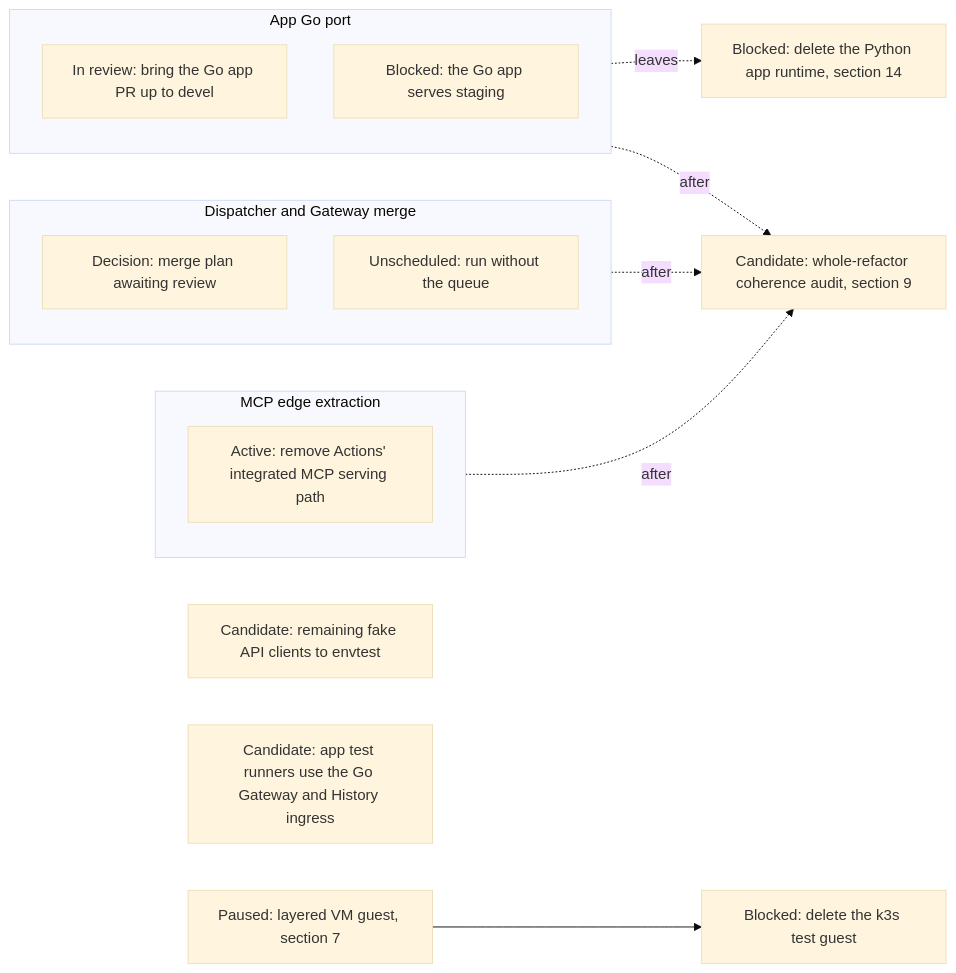
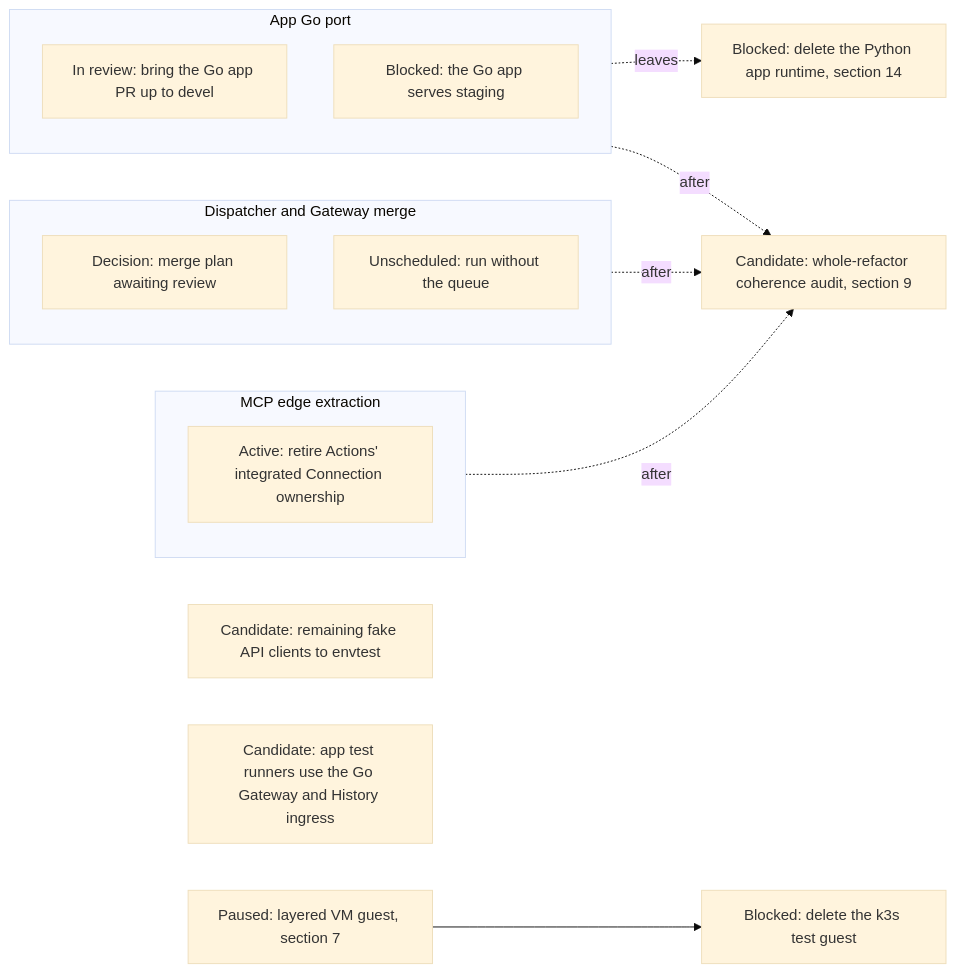
One commit to agentydragon/ducktape changed the first of 20 diagrams in agentplane/plans/task_dag.md. Above: the diagram before and after it, drawn with Mermaid (base theme). The commit also changed other lines of this file and 26 other files, not shown here.

````diff
--- a/agentplane/plans/task_dag.md
+++ b/agentplane/plans/task_dag.md
@@ -29,21 +29,21 @@
 ```mermaid
 flowchart LR
     subgraph ACTION_TRACK[MCP edge extraction]
-        ACTION_MCP_EDGE_SPLIT[Active: remove Actions' integrated MCP serving path]
+        ACTION_MCP_EDGE_SPLIT[Active: retire Actions' integrated Connection ownership]
     end
     subgraph DISPATCH_TRACK[Dispatcher and Gateway merge]
         DISPATCHER_PERSISTENCE_MODEL_DESIGN[Decision: merge plan awaiting review]
         DISPATCHER_QUEUE_OPTIONAL[Unscheduled: run without the queue]
     end
     subgraph APP_GO_TRACK[App Go port]
         APP_GO_PORT_CATCHUP[In review: bring the Go app PR up to devel]
         APP_GO_CUTOVER[Blocked: the Go app serves staging]
     end
     APP_GO_TRACK -. leaves .-> APP_PYTHON_RETIRE[Blocked: delete the Python app runtime, section 14]
     FAKE_CLIENTS_TO_ENVTEST[Candidate: remaining fake API clients to envtest]
     APP_TEST_RUNNER_FIXTURES_GO[Candidate: app test runners use the Go Gateway and History ingress]
     RUNNER_LAYERING_VM[Paused: layered VM guest, section 7] --> K3S_TEST_GUEST_RETIRE[Blocked: delete the k3s test guest]
     ACTION_TRACK -. after .-> REFACTOR_COHERENCE_AUDIT[Candidate: whole-refactor coherence audit, section 9]
     DISPATCH_TRACK -. after .-> REFACTOR_COHERENCE_AUDIT
     APP_GO_TRACK -. after .-> REFACTOR_COHERENCE_AUDIT
 ```
````
